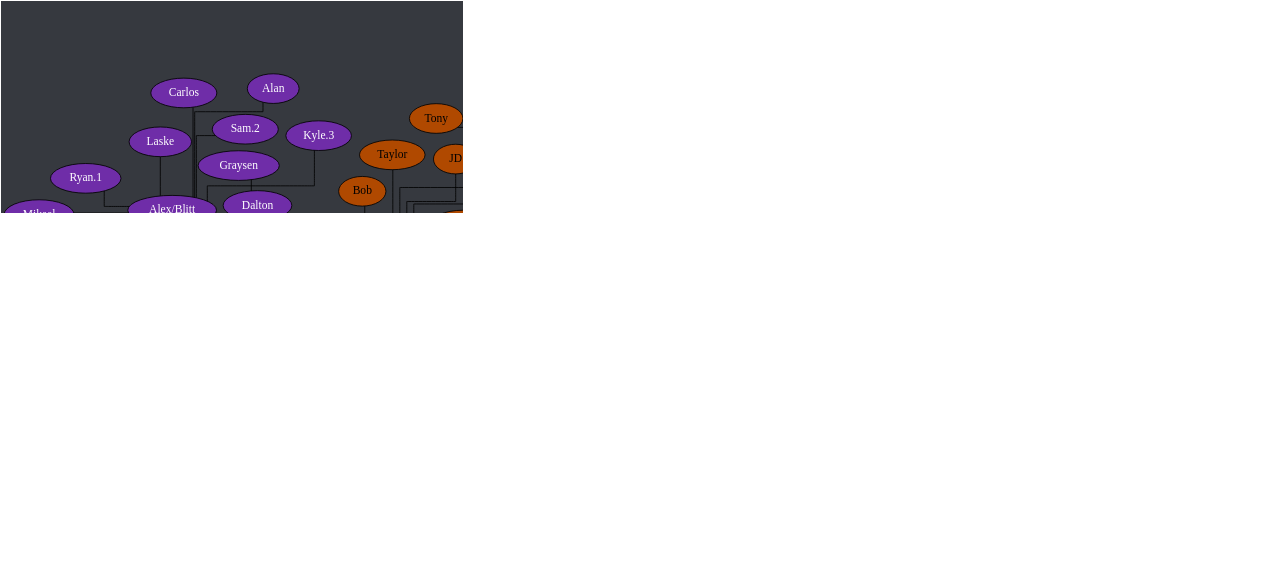
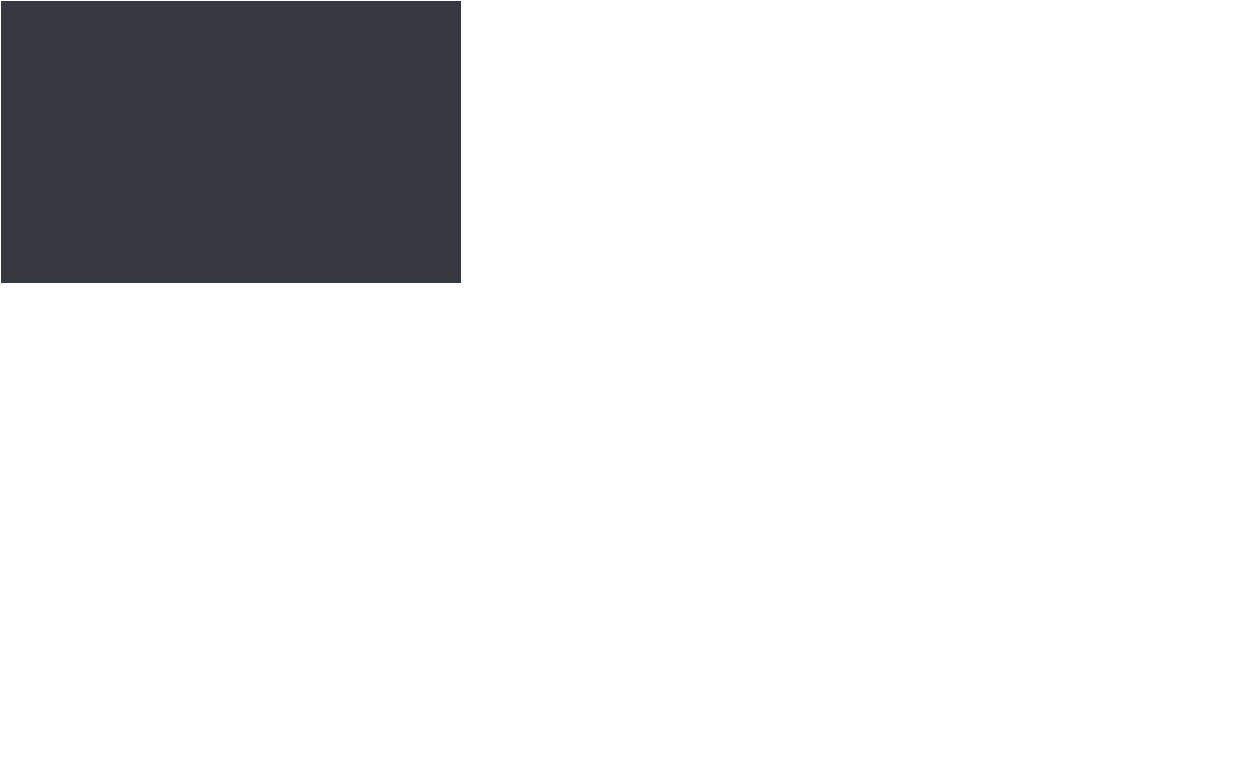
The diagram in tree.dot (Documidas/CoronaCatzFamilyTree), drawn with Graphviz before and after one commit. The commit also changed 1 other file, not shown here.

```diff
--- a/tree.dot
+++ b/tree.dot
@@ -1,175 +1,176 @@
 strict graph {
 	// Layout Configuration
 	layout = neato;
 	dpi = 200;
 	epsilon = 0.01;
 	mode = major;
 	model = subset;
 	overlap = false;
 	splines = ortho;
 	start = rand;
 
 	// Visual Configuration
 	graph [ truecolor=true bgcolor="#36393f" ];
 	node [ style=filled fillcolor="gray" fontcolor="black" ];
 
 	subgraph "Joel" {
 		node [ style=filled fillcolor="firebrick4" fontcolor="white" ];
 		Joel [ style=filled fillcolor="gold" fontcolor="black" ];
 
 		Cayla -- "Ali.1";
 		Cayla -- Jonathan;
 		Cayla -- Kate;
 		Cayla -- Ranger;
 		Joel -- Anders;
 		Joel -- Cayla;
 		Joel -- Conner;
 		Joel -- Jared;
 		Joel -- Kat;
 		Joel -- Patrick;
 		Joel -- Steven;
 	}
 
 	subgraph "Anders" {
 		node [ style=filled fillcolor="green4" fontcolor="white" ];
 		// Anders [ style=filled fillcolor="green4" fontcolor="white" ];
 
 		Anders -- Chiara;
 		Anders -- Cody;
 		Anders -- Daniel;
 		Anders -- Derek;
 		Anders -- DJ;
 		Anders -- Hahnur;
 		Anders -- Jen;
 		Anders -- "Matt.2";
 		Anders -- Solis;
 		Anders -- Will;
 		Anders -- Wyatt;
 		Anders -- Zach;
 	}
 
 	subgraph "Jared" {
 		node [ style=filled fillcolor="royalblue" fontcolor="black" ];
 		// Jared [ style=filled fillcolor="royalblue" fontcolor="black" ];
 
 		Andrew -- Hannah;
 		Cole -- "Shadia/SJ";
 		Donnie -- Bianca;
 		Donnie -- Bryan;
 		Donnie -- Troy;
 		Greg -- "Ali.2";
 		Greg -- Andrew;
 		Greg -- Carter;
 		Greg -- "John Boi";
 		Greg -- Tails;
 		Greg -- Tanyon;
 		Hannah -- Raana;
 		Jared -- Brandi;
 		Jared -- Dave;
 		Jared -- Donnie;
 		Jared -- Fabi;
 		Jared -- "Jack.2";
 		Jared -- Cole;
 		Jared -- Kamon;
 		Jared -- Greg;
 		Jared -- Isabelle;
 		Jared -- Mason;
 		Jared -- "Matt.1";
 		Jared -- Mehmet;
 		Jared -- Nam;
 		Jared -- Pixie;
 		Jared -- Shannon;
 		Jared -- Spencer;
 		Jared -- Tyler;
 		Jared -- "Zach/Laniakea";
 		Jared -- Zoe;
 		"John Boi" -- Hardie;
 		"Shadia/SJ" -- Kalel;
 		"Shadia/SJ" -- Tommy;
 		Troy -- Drake;
 		Tyler -- Gaby;
 		Zoe -- Brandon;
 	}
 
 	subgraph "Zach/Laniakea" {
 		node [ style=filled fillcolor="#4eff2c" fontcolor="black" ];
 		// "Zach/Laniakea" [ style=filled fillcolor="#4eff2c" fontcolor="black" ];
 
 		"Caio.2" -- "Kyle.1";
 		"Caio.2" -- Lucas;
 		Kuri -- Jon;
 		Kuri -- Karma;
 		"Ryan/Wenger" -- Gracie;
 		"Zach/Laniakea" -- Allen;
 		"Zach/Laniakea" -- "Caio.2";
 		"Zach/Laniakea" -- Colin;
 		"Zach/Laniakea" -- John;
 		"Zach/Laniakea" -- Logan;
 		"Zach/Laniakea" -- Kevin;
 		"Zach/Laniakea" -- Kuri;
 		"Zach/Laniakea" -- "Kyle.0";
 		"Zach/Laniakea" -- Mike;
 		"Zach/Laniakea" -- "Ryan/Wenger";
 		"Zach/Laniakea" -- "Ukko";
 	}
 
 	subgraph "John" {
 		node [ style=filled fillcolor="#c89b3c" fontcolor="black" ];
 		// John [ style=filled fillcolor="#c89b3c" fontcolor="black" ];
 
 		John -- Anna;
 		John -- Emily;
 		John -- Haber;
 		John -- Jay;
 		John -- "Jack.1";
 		John -- Lara;
 		John -- Monarch;
 		John -- Thomas;
 	}
 
 	subgraph "John-stream" {
 		// node [ style=filled fillcolor="#9147ff" fontcolor="black" ];
 		node [ style=filled fillcolor="#c89b3c" fontcolor="black" ];
 
 		John -- "Michael/Wheezy";
 	}
 
 	subgraph "Thomas" {
 		node [ style=filled fillcolor="#b04900" fontcolor="black" ];
 		// Thomas [ style=filled fillcolor="#b04900" fontcolor="black" ];
 
 		Thomas -- Alex;
 		Thomas -- Bob;
+		Thomas -- Dre;
 		Thomas -- JD;
 		Thomas -- Josh;
 		Thomas -- Juan;
 		Thomas -- Taylor;
 		Thomas -- Tony;
 		Thomas -- Travis;
 	}
 
 	subgraph "Alex" {
 		node [ style=filled fillcolor="#6f2da8" fontcolor="white" ];
 		// Alex [ style=filled fillcolor="#6f2da8" fontcolor="black" ];
 
 		Alex -- "Alex/Blitt";
 		Alex -- "Da'Von";
 		Alex -- Sam;
 		"Alex/Blitt" -- Alan;
 		"Alex/Blitt" -- "Alex the 3rd";
 		"Alex/Blitt" -- Brian;
 		"Alex/Blitt" -- Carlos;
 		"Alex/Blitt" -- Chris;
 		"Alex/Blitt" -- Gabriel;
 		"Alex/Blitt" -- "Kyle.3";
 		"Alex/Blitt" -- Laske;
 		"Alex/Blitt" -- Mikael;
 		"Alex/Blitt" -- "Ryan.1";
 		"Alex/Blitt" -- "Sam.2";
 		"Da'Von" -- Dalton;
 		"Da'Von" -- Zeller;
 		Dalton -- Graysen;
 		Gabriel -- "Ryan.2";
 		Zeller -- Sierra;
 	}
 }
```
